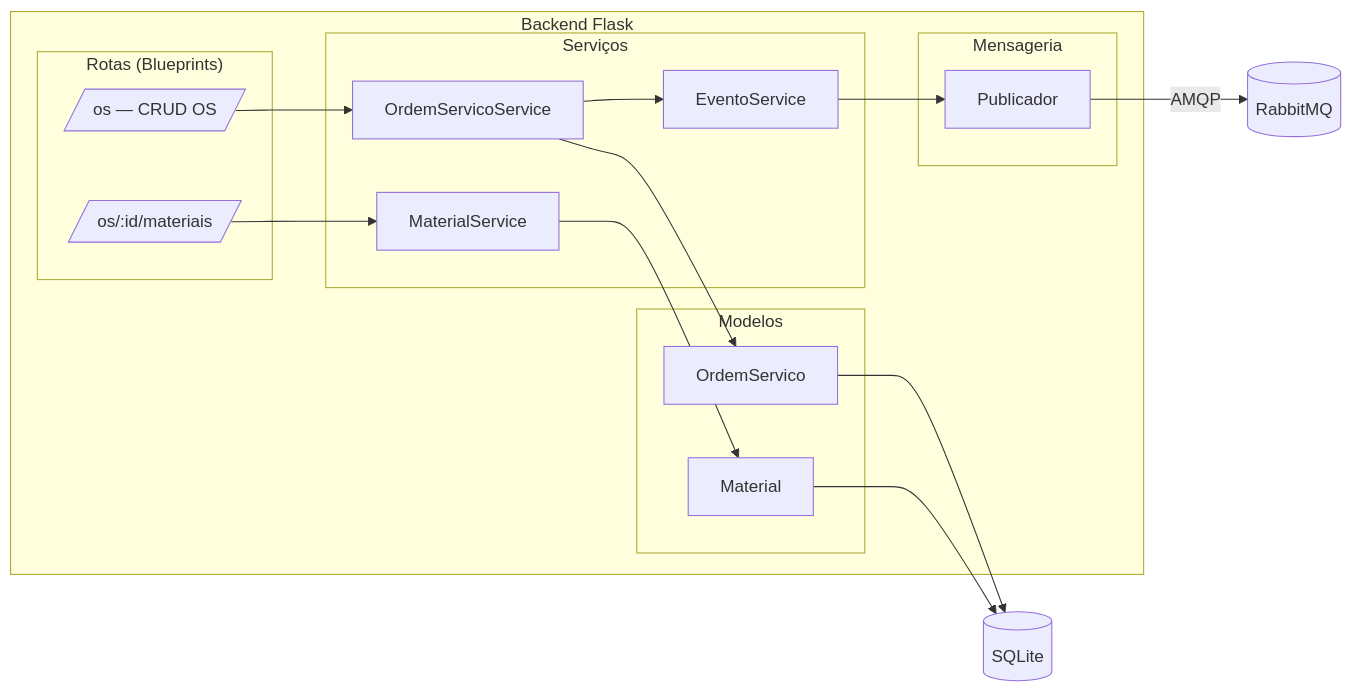
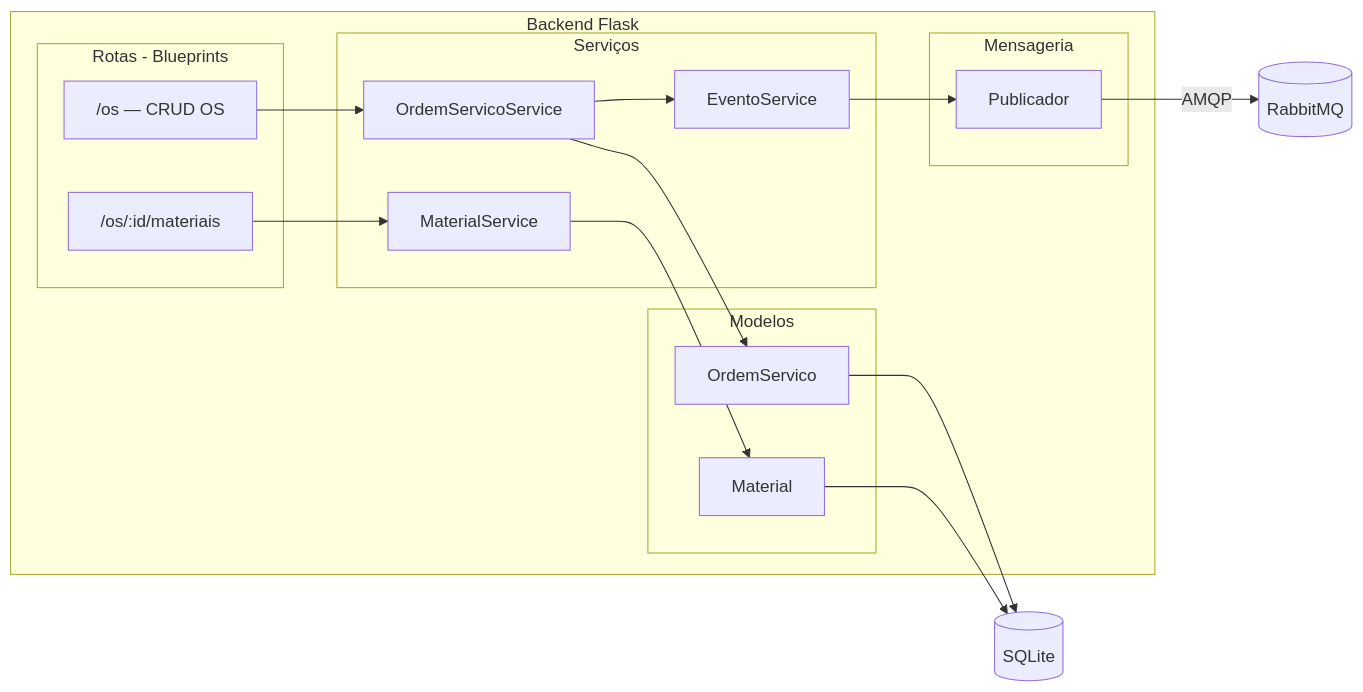
The second of 11 diagrams in docs/sprint1/arquitetura.md (art1544/PlantOS-LAMD), drawn with Mermaid before and after one commit. The commit also changed other lines of this file and 36 other files, not shown here.

````diff
--- a/docs/sprint1/arquitetura.md
+++ b/docs/sprint1/arquitetura.md
@@ -62,34 +62,34 @@
 ```mermaid
 graph LR
     subgraph "Backend Flask"
-        subgraph "Rotas (Blueprints)"
-            R1[/os — CRUD OS/]
-            R2[/os/:id/materiais/]
+        subgraph "Rotas - Blueprints"
+            R1["/os — CRUD OS"]
+            R2["/os/:id/materiais"]
         end
 
         subgraph "Serviços"
             S1[OrdemServicoService]
             S2[MaterialService]
             S3[EventoService]
         end
 
         subgraph "Modelos"
             M1[OrdemServico]
             M2[Material]
         end
 
         subgraph "Mensageria"
             P1[Publicador]
         end
     end
 
     R1 --> S1
     R2 --> S2
     S1 --> M1
     S2 --> M2
     S1 --> S3
     S3 --> P1
     P1 -->|AMQP| MQ[(RabbitMQ)]
     M1 --> DB[(SQLite)]
     M2 --> DB
 ```
````
